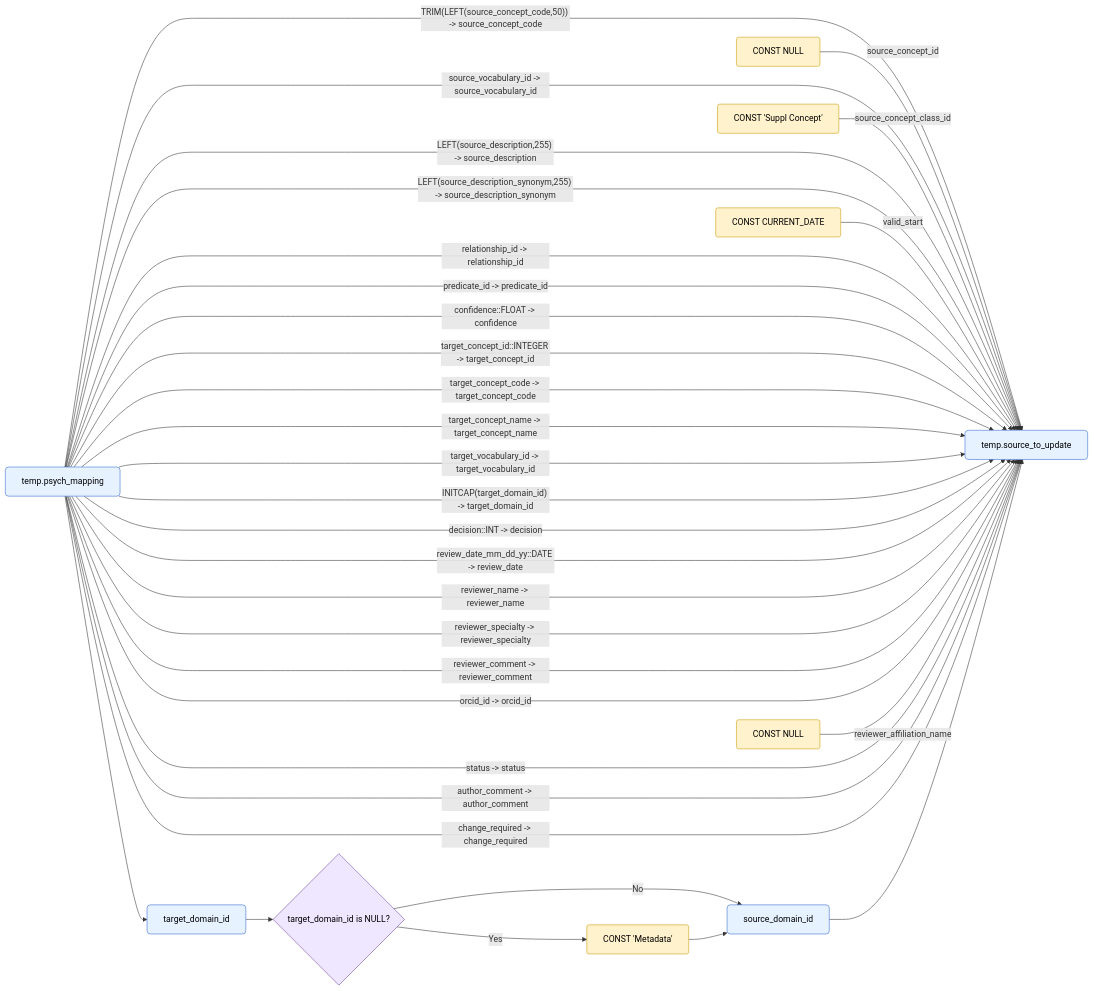
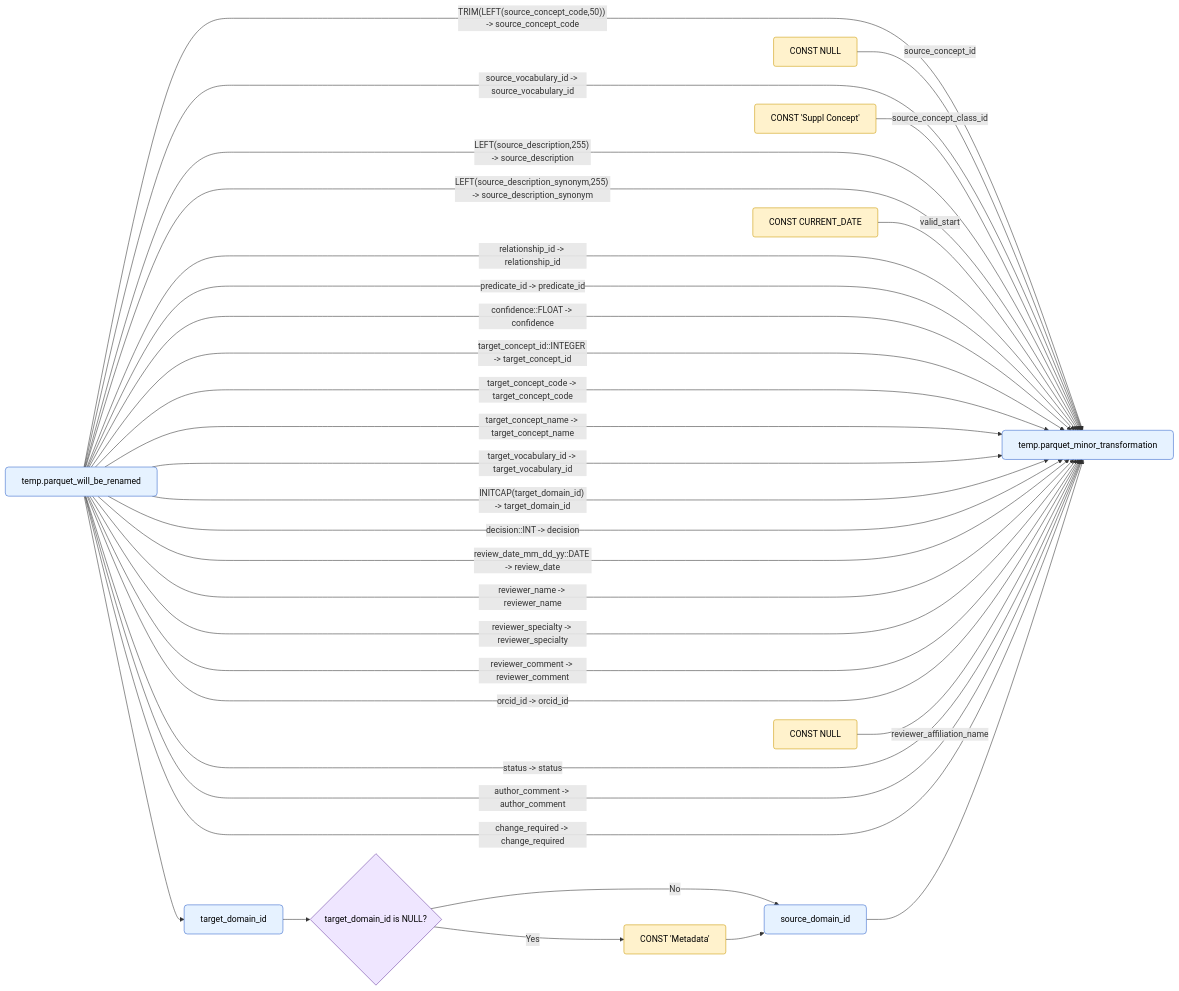
The fourth of 6 diagrams in PSYCHIATRY/Builder/sql/readme.md (Emory-OMOP/CVB), drawn with Mermaid before and after one commit. The commit also changed other lines of this file, not shown here.

Commit message:
Rename tables in readme

````diff
--- a/PSYCHIATRY/Builder/sql/readme.md
+++ b/PSYCHIATRY/Builder/sql/readme.md
@@ -111,64 +111,64 @@
 ```mermaid
 %% UPDATED Column-level lineage: load-source.sql (Step 3)
 %% Styles: table=blue, const=yellow, file=green, logic=purple
 
 flowchart LR
 
 %% Tables
-PM[temp.psych_mapping]:::table
-STU[temp.source_to_update]:::table
+PM[temp.parquet_will_be_renamed]:::table
+STU[temp.parquet_minor_transformation]:::table
 
 %% Constants
 K_CLASS[CONST 'Suppl Concept']:::const
 K_METADATA[CONST 'Metadata']:::const
 K_TODAY[CONST CURRENT_DATE]:::const
 K_NULL_CODE[CONST NULL]:::const
 K_NULL_AFFIL[CONST NULL]:::const
 
 %% Decision for COALESCE(target_domain_id,'Metadata') -> source_domain_id
 TDI[target_domain_id]:::table
 SDI[source_domain_id]:::table
 D1{target_domain_id is NULL?}:::logic
 
 PM --> TDI
 TDI --> D1
 D1 -- No --> SDI
 D1 -- Yes --> K_METADATA
 K_METADATA --> SDI
 
 %% Remaining column-level mappings (functions quoted)
 PM -->|"TRIM(LEFT(source_concept_code,50))" -> source_concept_code| STU
 K_NULL_CODE -->|source_concept_id| STU
 PM -->|source_vocabulary_id -> source_vocabulary_id| STU
 K_CLASS -->|source_concept_class_id| STU
 PM -->|"LEFT(source_description,255)" -> source_description| STU
 PM -->|"LEFT(source_description_synonym,255)" -> source_description_synonym| STU
 K_TODAY -->|valid_start| STU
 PM -->|relationship_id -> relationship_id| STU
 PM -->|predicate_id -> predicate_id| STU
 PM -->|"confidence::FLOAT" -> confidence| STU
 PM -->|"target_concept_id::INTEGER" -> target_concept_id| STU
 PM -->|target_concept_code -> target_concept_code| STU
 PM -->|target_concept_name -> target_concept_name| STU
 PM -->|target_vocabulary_id -> target_vocabulary_id| STU
 PM -->|"INITCAP(target_domain_id)" -> target_domain_id| STU
 PM -->|"decision::INT" -> decision| STU
 PM -->|"review_date_mm_dd_yy::DATE" -> review_date| STU
 PM -->|reviewer_name -> reviewer_name| STU
 PM -->|reviewer_specialty -> reviewer_specialty| STU
 PM -->|reviewer_comment -> reviewer_comment| STU
 PM -->|orcid_id -> orcid_id| STU
 K_NULL_AFFIL -->|reviewer_affiliation_name| STU
 PM -->|status -> status| STU
 PM -->|author_comment -> author_comment| STU
 PM -->|change_required -> change_required| STU
 
 %% Connect decision result into target table
 SDI --> STU
 
 %% Styles
 classDef table fill:#e6f2ff,stroke:#3366cc,stroke-width:1px,color:#000,rx:6,ry:6;
 classDef const fill:#fff2cc,stroke:#cc9900,stroke-width:1px,color:#000,rx:4,ry:4;
 classDef file fill:#e6ffe6,stroke:#339933,stroke-width:1px,color:#000,rx:4,ry:4;
 classDef logic fill:#efe6ff,stroke:#6b3fa0,stroke-width:1px,color:#000,rx:6,ry:6;
 ```
````
